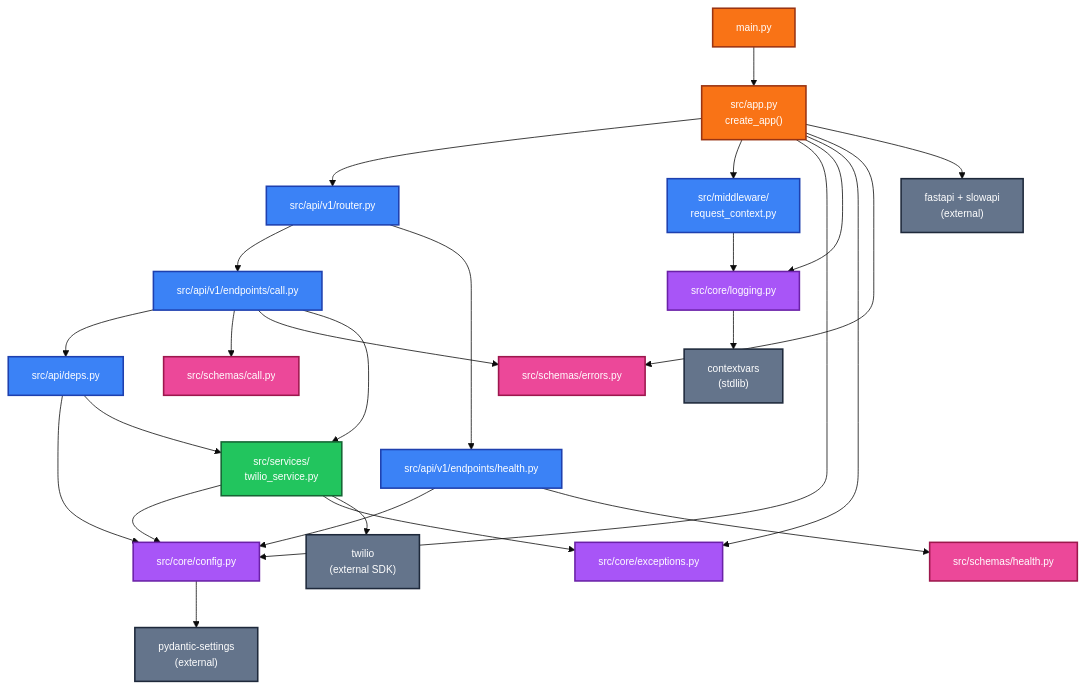
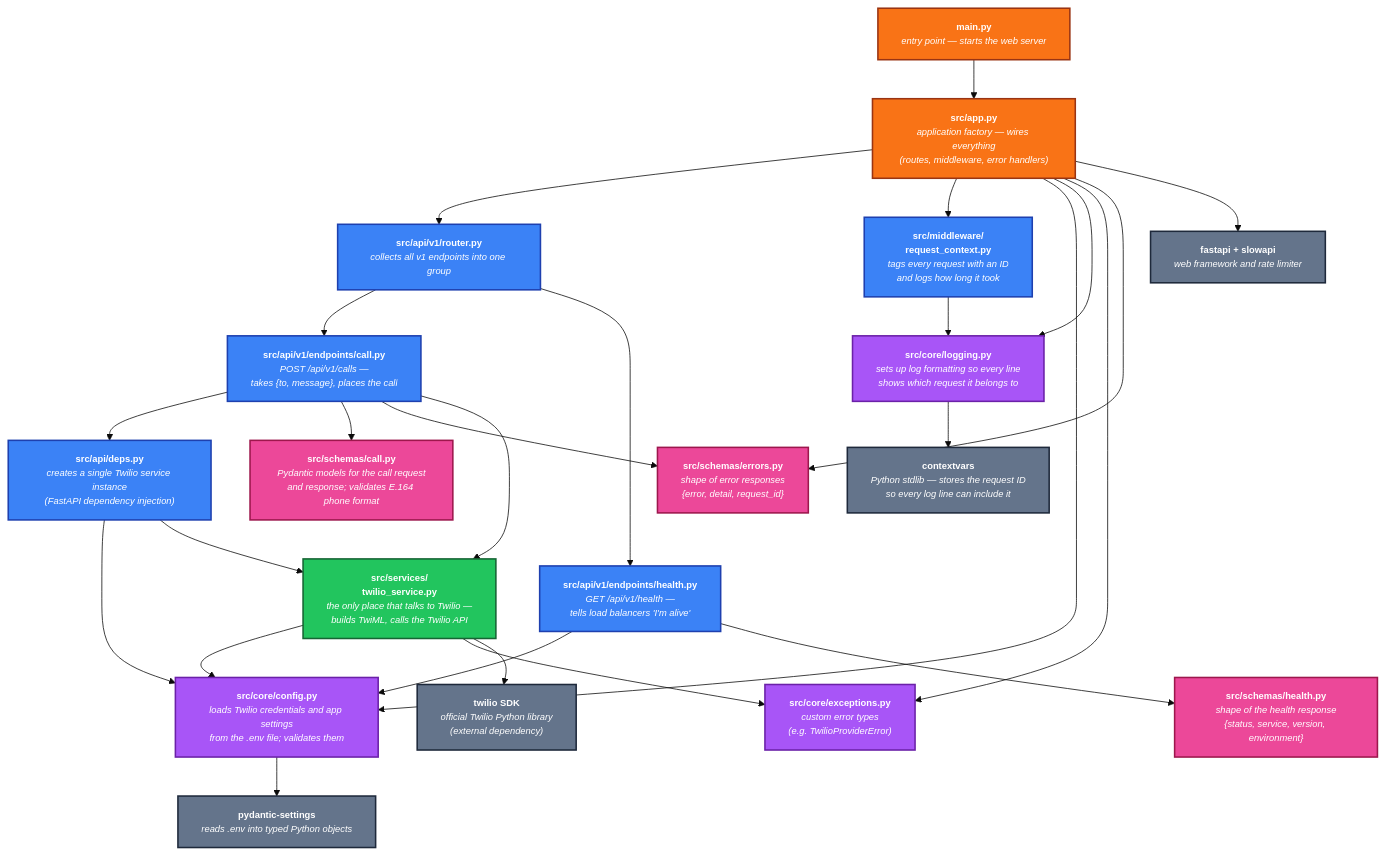
Before and after one commit to AnsImran/robo-call-microservice: the diagram in docs/diagrams/module-dependencies.mmd, drawn with Mermaid. The commit also changed 2 other files, not shown here.

Commit message:
Annotate module-dependencies diagram with plain-English descriptions

```diff
--- a/docs/diagrams/module-dependencies.mmd
+++ b/docs/diagrams/module-dependencies.mmd
@@ -1,47 +1,65 @@
-%%{init: {'theme':'base','themeVariables':{'fontFamily':'Inter, system-ui, sans-serif','fontSize':'13px'}}}%%
+%%{init: {'theme':'base','themeVariables':{'fontFamily':'Inter, system-ui, sans-serif','fontSize':'12px'}}}%%
 flowchart TB
-    Main["main.py"] --> App["src/app.py<br/>create_app()"]
+    Main["<b>main.py</b><br/><i>entry point — starts the web server</i>"]
+    App["<b>src/app.py</b><br/><i>application factory — wires everything<br/>(routes, middleware, error handlers)</i>"]
+    Main --> App
 
-    App --> Router["src/api/v1/router.py"]
-    App --> MW["src/middleware/<br/>request_context.py"]
-    App --> Cfg["src/core/config.py"]
-    App --> Log["src/core/logging.py"]
-    App --> Exc["src/core/exceptions.py"]
-    App --> ErrSchema["src/schemas/errors.py"]
+    Router["<b>src/api/v1/router.py</b><br/><i>collects all v1 endpoints into one group</i>"]
+    MW["<b>src/middleware/<br/>request_context.py</b><br/><i>tags every request with an ID<br/>and logs how long it took</i>"]
+    Cfg["<b>src/core/config.py</b><br/><i>loads Twilio credentials and app settings<br/>from the .env file; validates them</i>"]
+    Log["<b>src/core/logging.py</b><br/><i>sets up log formatting so every line<br/>shows which request it belongs to</i>"]
+    Exc["<b>src/core/exceptions.py</b><br/><i>custom error types<br/>(e.g. TwilioProviderError)</i>"]
+    ErrSchema["<b>src/schemas/errors.py</b><br/><i>shape of error responses<br/>{error, detail, request_id}</i>"]
 
-    Router --> CallEp["src/api/v1/endpoints/call.py"]
-    Router --> HealthEp["src/api/v1/endpoints/health.py"]
+    App --> Router
+    App --> MW
+    App --> Cfg
+    App --> Log
+    App --> Exc
+    App --> ErrSchema
 
-    CallEp --> Deps["src/api/deps.py"]
-    CallEp --> CallSchema["src/schemas/call.py"]
+    CallEp["<b>src/api/v1/endpoints/call.py</b><br/><i>POST /api/v1/calls —<br/>takes {to, message}, places the call</i>"]
+    HealthEp["<b>src/api/v1/endpoints/health.py</b><br/><i>GET /api/v1/health —<br/>tells load balancers 'I'm alive'</i>"]
+    Router --> CallEp
+    Router --> HealthEp
+
+    Deps["<b>src/api/deps.py</b><br/><i>creates a single Twilio service instance<br/>(FastAPI dependency injection)</i>"]
+    CallSchema["<b>src/schemas/call.py</b><br/><i>Pydantic models for the call request<br/>and response; validates E.164 phone format</i>"]
+    Svc["<b>src/services/<br/>twilio_service.py</b><br/><i>the only place that talks to Twilio —<br/>builds TwiML, calls the Twilio API</i>"]
+    HealthSchema["<b>src/schemas/health.py</b><br/><i>shape of the health response<br/>{status, service, version, environment}</i>"]
+
+    CallEp --> Deps
+    CallEp --> CallSchema
     CallEp --> ErrSchema
-    CallEp --> Svc["src/services/<br/>twilio_service.py"]
-
+    CallEp --> Svc
     HealthEp --> Cfg
-    HealthEp --> HealthSchema["src/schemas/health.py"]
-
+    HealthEp --> HealthSchema
     Deps --> Cfg
     Deps --> Svc
-
     Svc --> Cfg
     Svc --> Exc
-    Svc --> TwExt["twilio<br/>(external SDK)"]
 
+    TwExt["<b>twilio SDK</b><br/><i>official Twilio Python library<br/>(external dependency)</i>"]
+    PSExt["<b>pydantic-settings</b><br/><i>reads .env into typed Python objects</i>"]
+    FastAPIExt["<b>fastapi + slowapi</b><br/><i>web framework and rate limiter</i>"]
+    ContextVar["<b>contextvars</b><br/><i>Python stdlib — stores the request ID<br/>so every log line can include it</i>"]
+
+    Svc --> TwExt
     MW --> Log
-    Log --> ContextVar["contextvars<br/>(stdlib)"]
-    Cfg --> PSExt["pydantic-settings<br/>(external)"]
-    App --> FastAPIExt["fastapi + slowapi<br/>(external)"]
+    Log --> ContextVar
+    Cfg --> PSExt
+    App --> FastAPIExt
 
     classDef api fill:#3b82f6,stroke:#1e40af,stroke-width:2px,color:#fff
     classDef svc fill:#22c55e,stroke:#166534,stroke-width:2px,color:#fff
     classDef core fill:#a855f7,stroke:#6b21a8,stroke-width:2px,color:#fff
     classDef schema fill:#ec4899,stroke:#9d174d,stroke-width:2px,color:#fff
     classDef ext fill:#64748b,stroke:#1e293b,stroke-width:2px,color:#fff
     classDef entry fill:#f97316,stroke:#9a3412,stroke-width:2px,color:#fff
 
     class Main,App entry
     class Router,CallEp,HealthEp,Deps,MW api
     class Svc svc
     class Cfg,Log,Exc core
     class CallSchema,HealthSchema,ErrSchema schema
     class TwExt,PSExt,FastAPIExt,ContextVar ext
```
